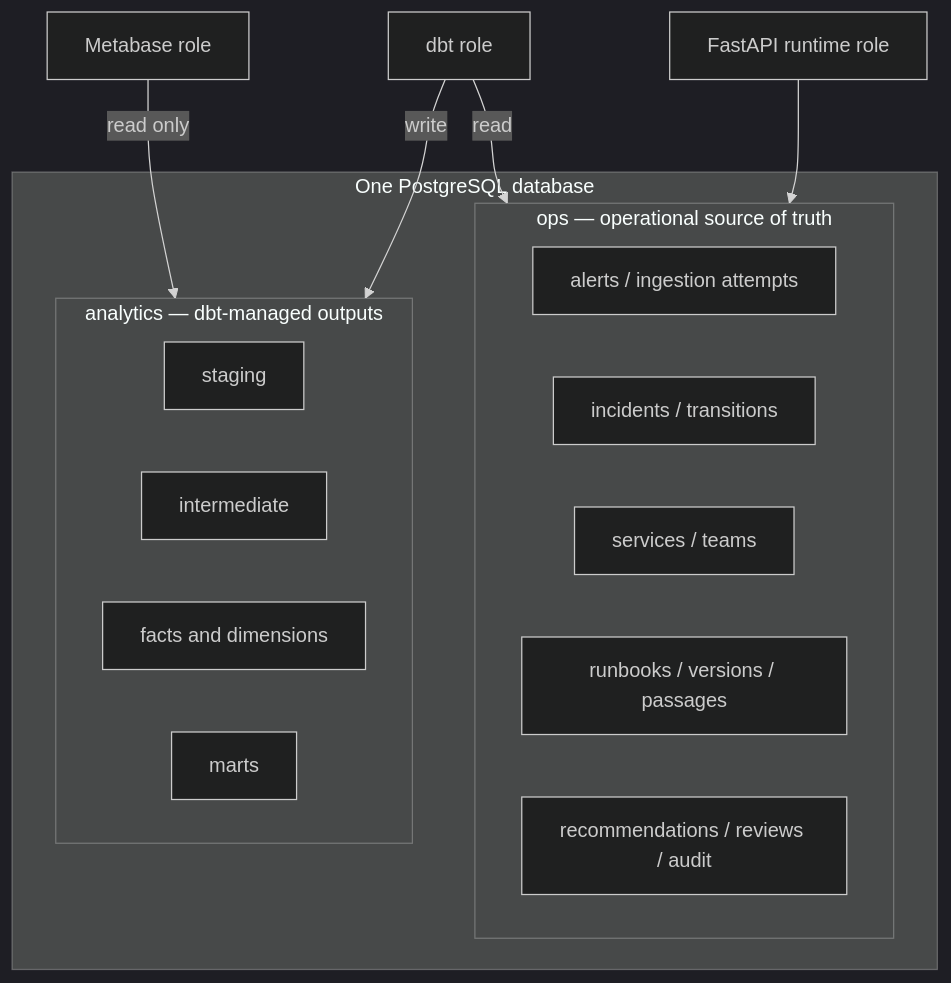
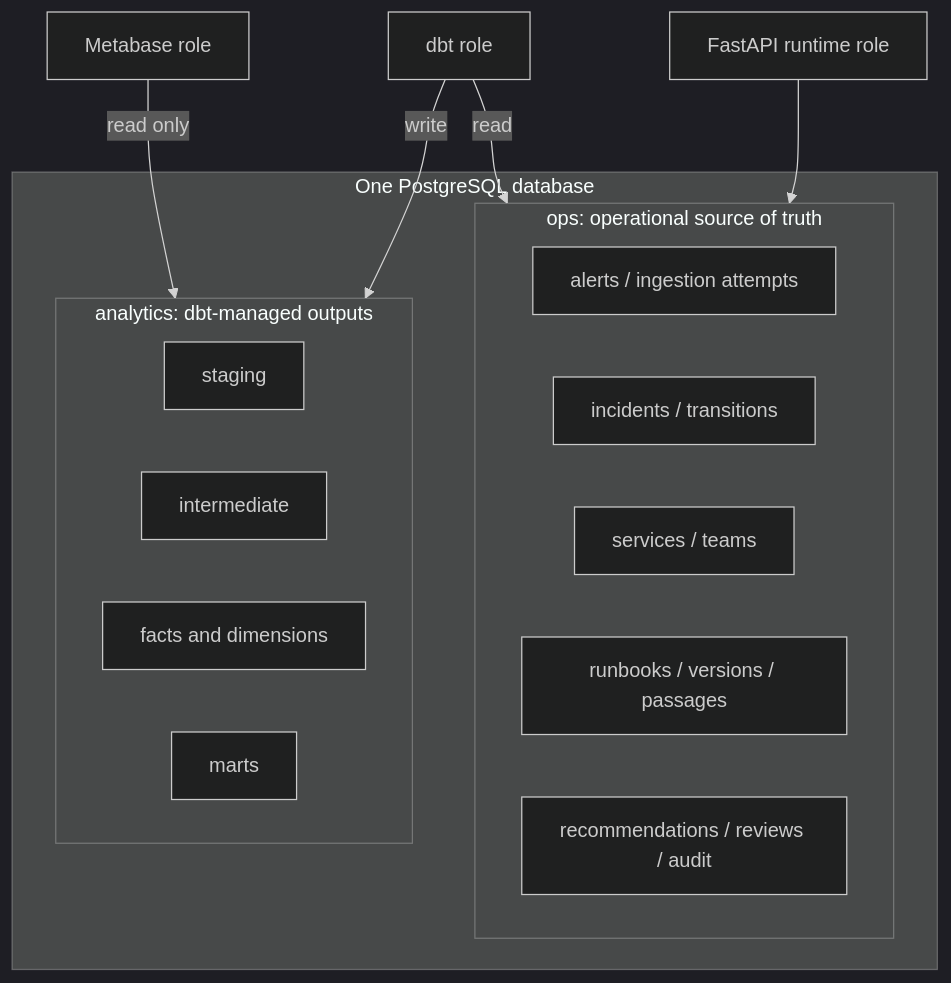
The second of 7 diagrams in README.md (Inchara-SE/AI-Assisted-Production-Incident-IT-Operations-Platform), drawn with Mermaid (dark theme) before and after one commit. The commit also changed other lines of this file, not shown here.

````diff
--- a/README.md
+++ b/README.md
@@ -153,22 +131,23 @@
 ```mermaid
 flowchart TB
-    subgraph DB[One PostgreSQL database]
-        subgraph OPS[ops — operational source of truth]
-            O1[alerts / ingestion attempts]
-            O2[incidents / transitions]
-            O3[services / teams]
-            O4[runbooks / versions / passages]
-            O5[recommendations / reviews / audit]
+    subgraph DB["One PostgreSQL database"]
+        subgraph OPS["ops: operational source of truth"]
+            O1["alerts / ingestion attempts"]
+            O2["incidents / transitions"]
+            O3["services / teams"]
+            O4["runbooks / versions / passages"]
+            O5["recommendations / reviews / audit"]
         end
-        subgraph ANALYTICS[analytics — dbt-managed outputs]
-            A1[staging]
-            A2[intermediate]
-            A3[facts and dimensions]
-            A4[marts]
+        subgraph ANALYTICS["analytics: dbt-managed outputs"]
+            A1["staging"]
+            A2["intermediate"]
+            A3["facts and dimensions"]
+            A4["marts"]
         end
     end
-    APP[FastAPI runtime role] --> OPS
-    DBT[dbt role] -->|read| OPS
+
+    APP["FastAPI runtime role"] --> OPS
+    DBT["dbt role"] -->|read| OPS
     DBT -->|write| ANALYTICS
-    BI[Metabase role] -->|read only| ANALYTICS
+    BI["Metabase role"] -->|read only| ANALYTICS
 ```
````
